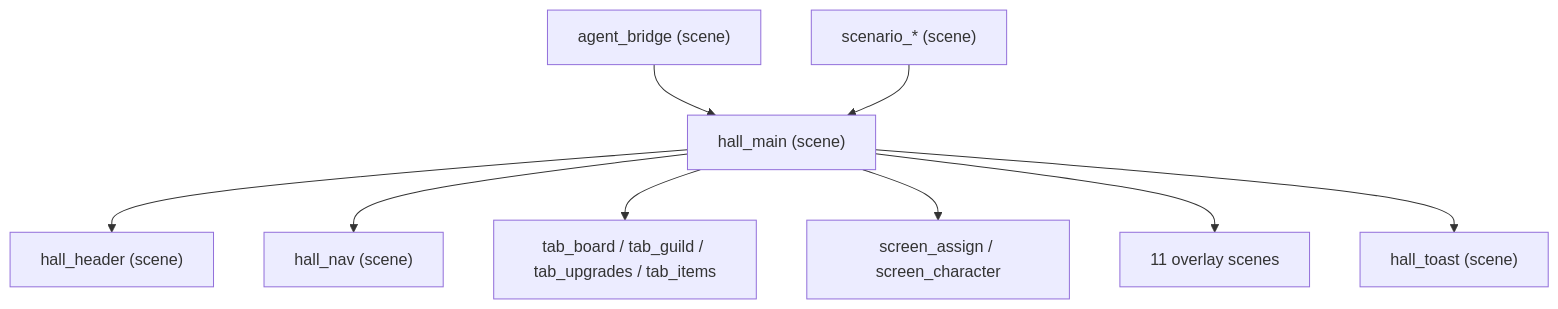
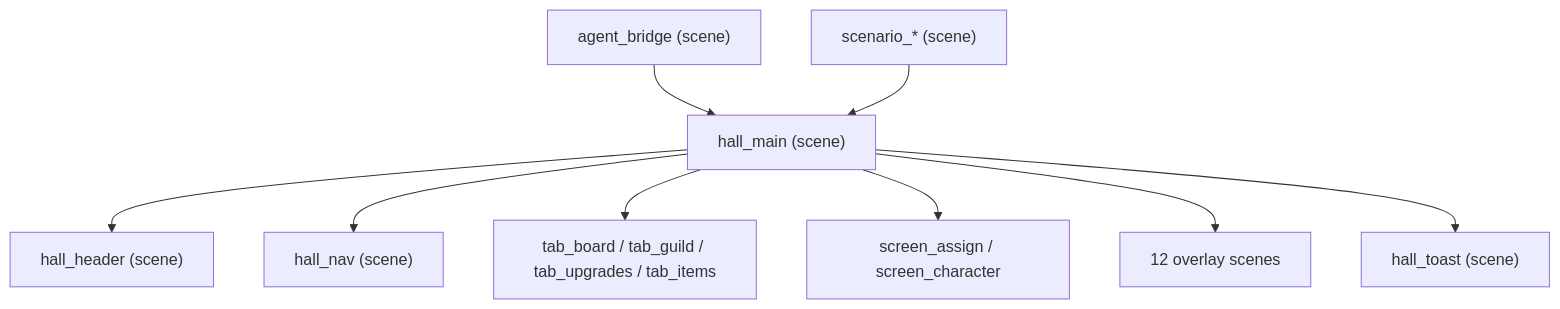
One commit to ActuallySanta/Fantasy-Guild-Manager changed the diagram in Docs/vault/Scenes/hall_main (scene).md. Above: the diagram before and after it, drawn with Mermaid. The commit also changed other lines of this file and 15 other files, not shown here.

````diff
--- a/Docs/vault/Scenes/hall_main (scene).md
+++ b/Docs/vault/Scenes/hall_main (scene).md
@@ -45,11 +46,11 @@
 ```mermaid
 flowchart TD
   PB["agent_bridge (scene)"] --> T["hall_main (scene)"]
   PS["scenario_* (scene)"] --> T
   T --> H["hall_header (scene)"]
   T --> N["hall_nav (scene)"]
   T --> TB["tab_board / tab_guild / tab_upgrades / tab_items"]
   T --> SC["screen_assign / screen_character"]
-  T --> O["11 overlay scenes"]
+  T --> O["12 overlay scenes"]
   T --> TO["hall_toast (scene)"]
 ```
````
